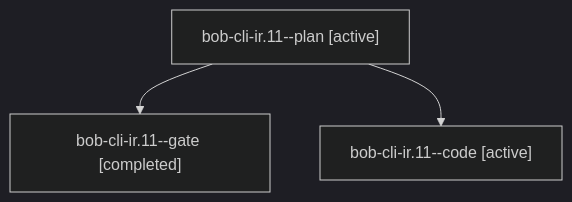
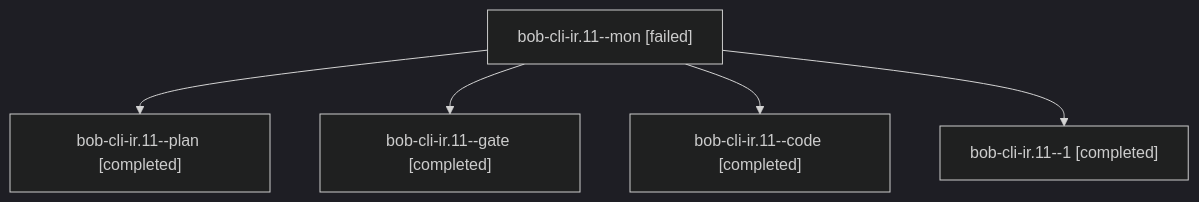
One commit to bobs-org/bob-cli--agents changed the diagram in sessions/bbugyi200.athena.bob-cli-ir.11.md. Above: the diagram before and after it, drawn with Mermaid (dark theme). The commit also changed other lines of this file and 154 other files, not shown here.

````diff
--- a/sessions/bbugyi200.athena.bob-cli-ir.11.md
+++ b/sessions/bbugyi200.athena.bob-cli-ir.11.md
@@ -9,8 +9,12 @@
 ```mermaid
 flowchart TD
-  n0["bob-cli-ir.11--plan [active]"]
-  n1["bob-cli-ir.11--gate [completed]"]
+  n0["bob-cli-ir.11--mon [failed]"]
+  n1["bob-cli-ir.11--plan [completed]"]
   n0 --> n1
-  n2["bob-cli-ir.11--code [active]"]
+  n2["bob-cli-ir.11--gate [completed]"]
   n0 --> n2
+  n3["bob-cli-ir.11--code [completed]"]
+  n0 --> n3
+  n4["bob-cli-ir.11--1 [completed]"]
+  n0 --> n4
 ```
````
